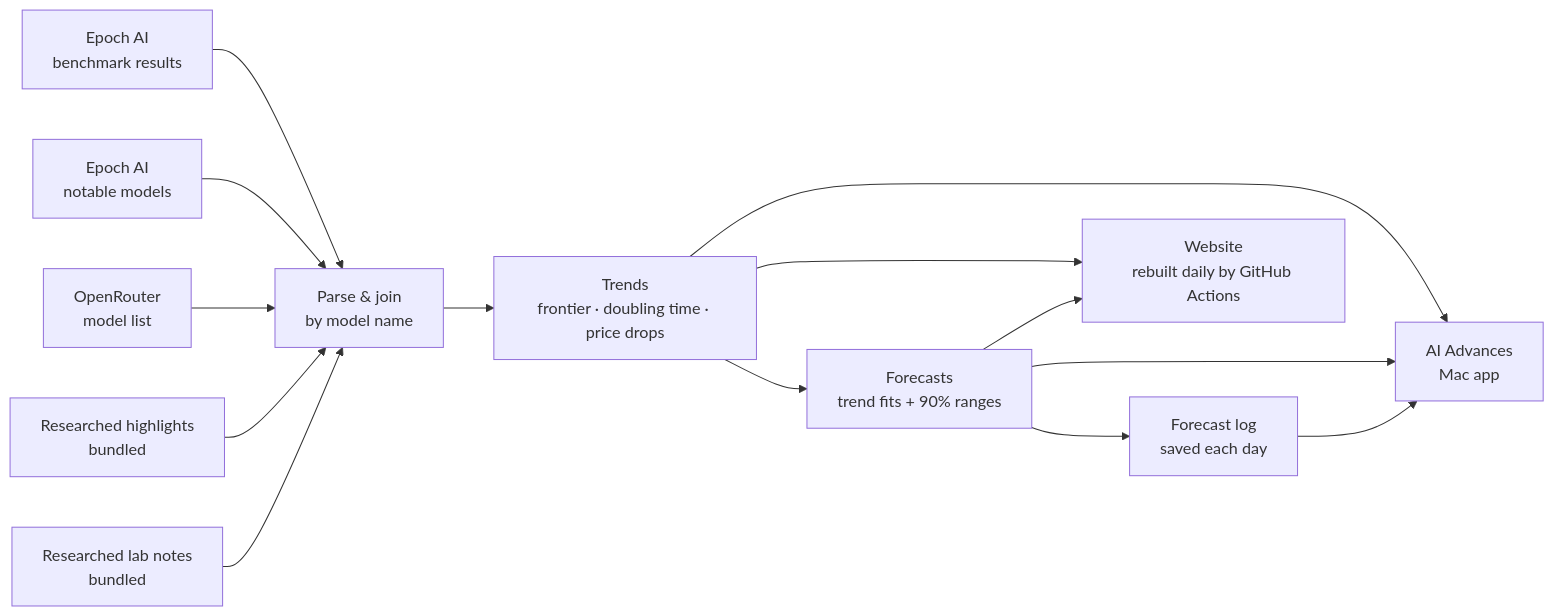
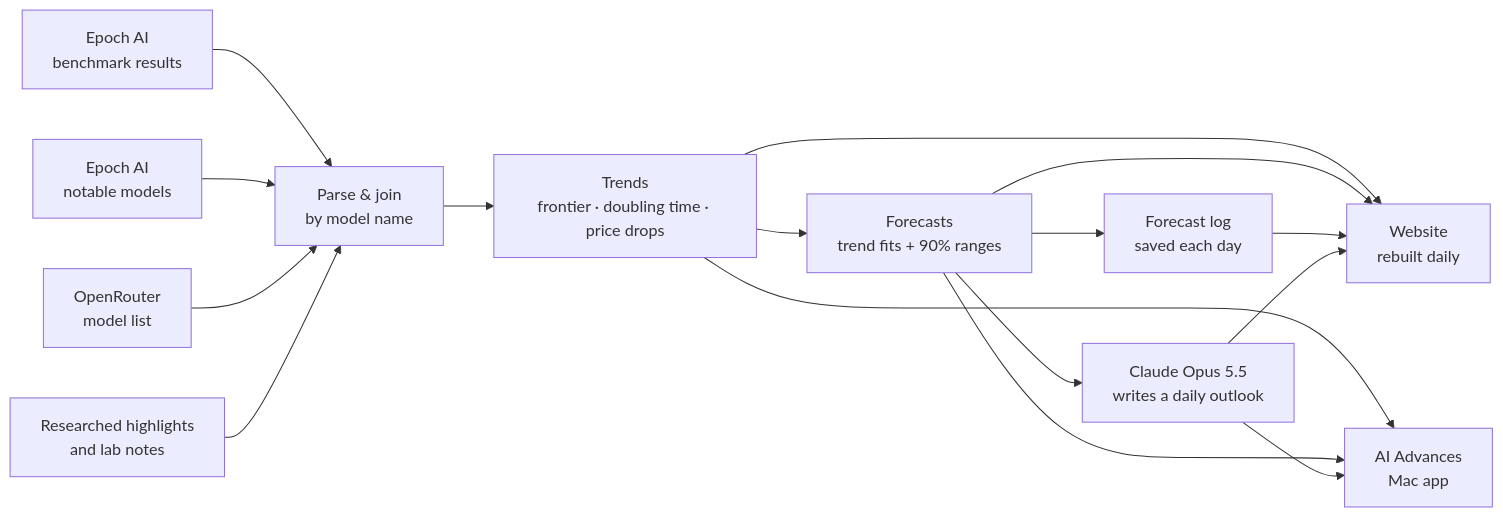
One commit to amalmehta/ai-advances changed the diagram in README.md. Above: the diagram before and after it, drawn with Mermaid. The commit also changed other lines of this file and 10 other files, not shown here.

Commit message:
Add an optional AI-written daily outlook to the website and Mac app

````diff
--- a/README.md
+++ b/README.md
@@ -27,16 +27,18 @@
 ```mermaid
 flowchart LR
     E1[Epoch AI<br>benchmark results] --> P[Parse & join<br>by model name]
     E2[Epoch AI<br>notable models] --> P
     O[OpenRouter<br>model list] --> P
-    C[Researched highlights<br>bundled] --> P
-    L[Researched lab notes<br>bundled] --> P
+    H[Researched highlights<br>and lab notes] --> P
     P --> T[Trends<br>frontier · doubling time · price drops]
     T --> F[Forecasts<br>trend fits + 90% ranges]
     F --> G[Forecast log<br>saved each day]
+    F --> CL[Claude Opus 5.5<br>writes a daily outlook]
     T --> A[AI Advances<br>Mac app]
+    T --> W[Website<br>rebuilt daily]
     F --> A
-    G --> A
-    T --> W[Website<br>rebuilt daily by GitHub Actions]
     F --> W
+    G --> W
+    CL --> W
+    CL --> A
 ```
````
